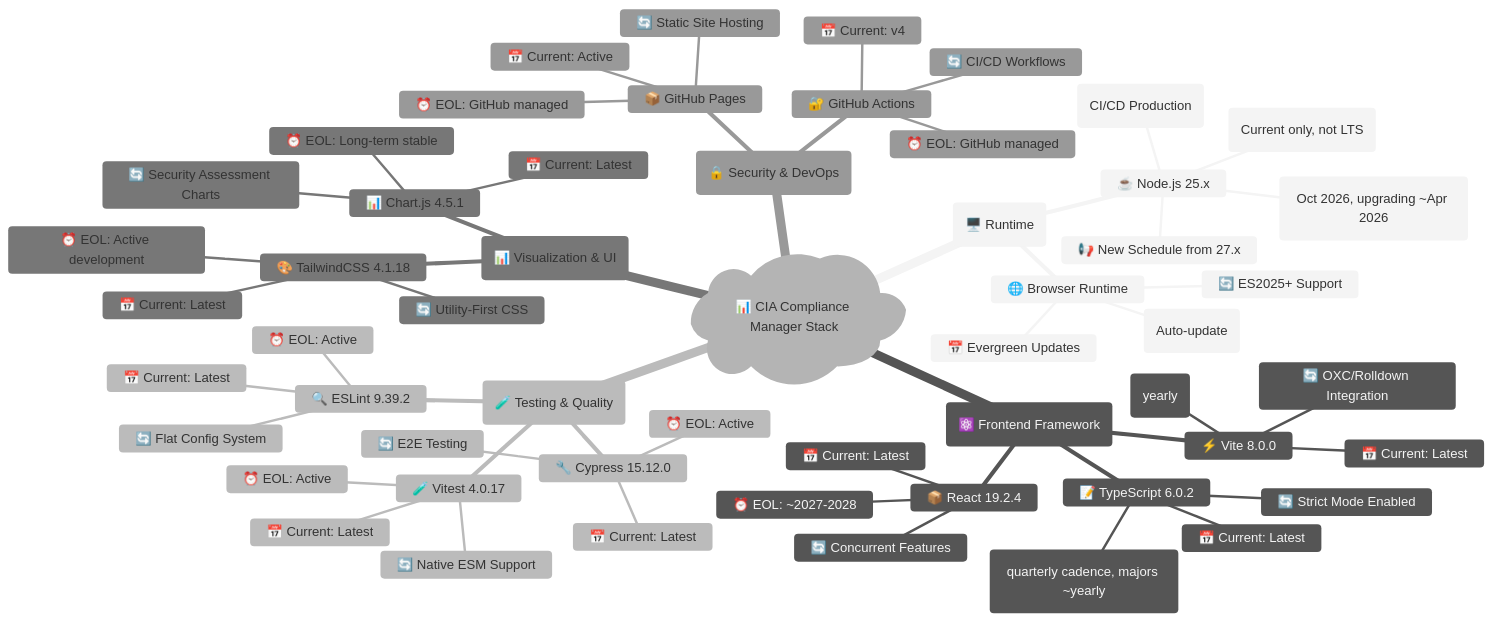
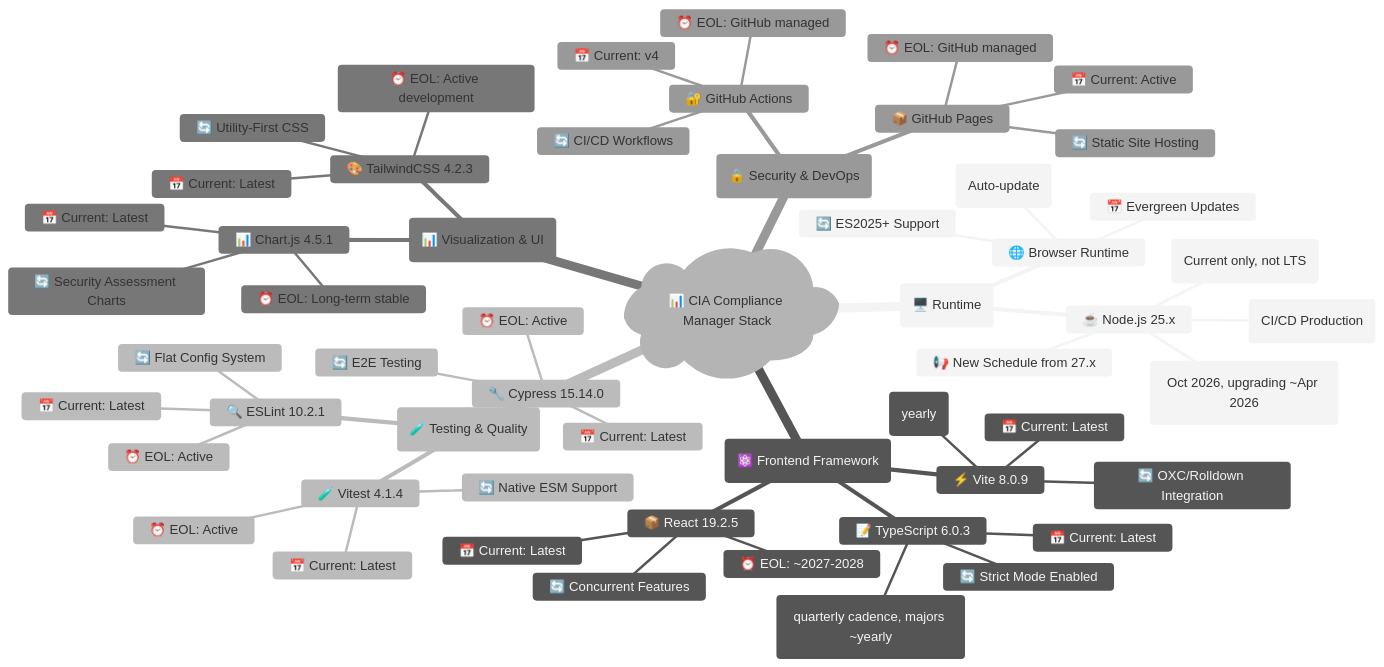
The first of 9 diagrams in docs/End-of-Life-Strategy.md (step-security-bot/cia-compliance-manager), drawn with Mermaid before and after one commit. The commit also changed other lines of this file and 12 other files, not shown here.

````diff
--- a/docs/End-of-Life-Strategy.md
+++ b/docs/End-of-Life-Strategy.md
@@ -51,59 +51,59 @@
 ```mermaid
 %%{init: {"theme": "neutral"}}%%
 mindmap
   root)📊 CIA Compliance Manager Stack(
     (🖥️ Runtime)
       ☕ Node.js 25.x
         📅 Current: 25.x (CI/CD Production)
         ⏰ Node 25 EOL: Apr 2026 (Current only, not LTS)
         🔄 Next LTS: Node 26 (Oct 2026, upgrading ~Apr 2026)
         📢 New Schedule from 27.x
       🌐 Browser Runtime
         📅 Evergreen Updates
         ⏰ EOL: N/A (Auto-update)
         🔄 ES2025+ Support
     (⚛️ Frontend Framework)
-      📦 React 19.2.4
+      📦 React 19.2.5
         📅 Current: Latest
         ⏰ EOL: ~2027-2028
         🔄 Concurrent Features
-      📝 TypeScript 6.0.2
+      📝 TypeScript 6.0.3
         📅 Current: Latest
         ⏰ EOL: Active (quarterly cadence, majors ~yearly)
         🔄 Strict Mode Enabled
-      ⚡ Vite 8.0.0
+      ⚡ Vite 8.0.9
         📅 Current: Latest
         ⏰ EOL: Active (yearly)
         🔄 OXC/Rolldown Integration
     (🧪 Testing & Quality)
-      🧪 Vitest 4.0.17
+      🧪 Vitest 4.1.4
         📅 Current: Latest
         ⏰ EOL: Active
         🔄 Native ESM Support
-      🔧 Cypress 15.12.0
+      🔧 Cypress 15.14.0
         📅 Current: Latest
         ⏰ EOL: Active
         🔄 E2E Testing
-      🔍 ESLint 9.39.2
+      🔍 ESLint 10.2.1
         📅 Current: Latest
         ⏰ EOL: Active
         🔄 Flat Config System
     (📊 Visualization & UI)
       📊 Chart.js 4.5.1
         📅 Current: Latest
         ⏰ EOL: Long-term stable
         🔄 Security Assessment Charts
-      🎨 TailwindCSS 4.1.18
+      🎨 TailwindCSS 4.2.3
         📅 Current: Latest
         ⏰ EOL: Active development
         🔄 Utility-First CSS
     (🔒 Security & DevOps)
       🔐 GitHub Actions
         📅 Current: v4
         ⏰ EOL: GitHub managed
         🔄 CI/CD Workflows
       📦 GitHub Pages
         📅 Current: Active
         ⏰ EOL: GitHub managed
         🔄 Static Site Hosting
 ```
````
